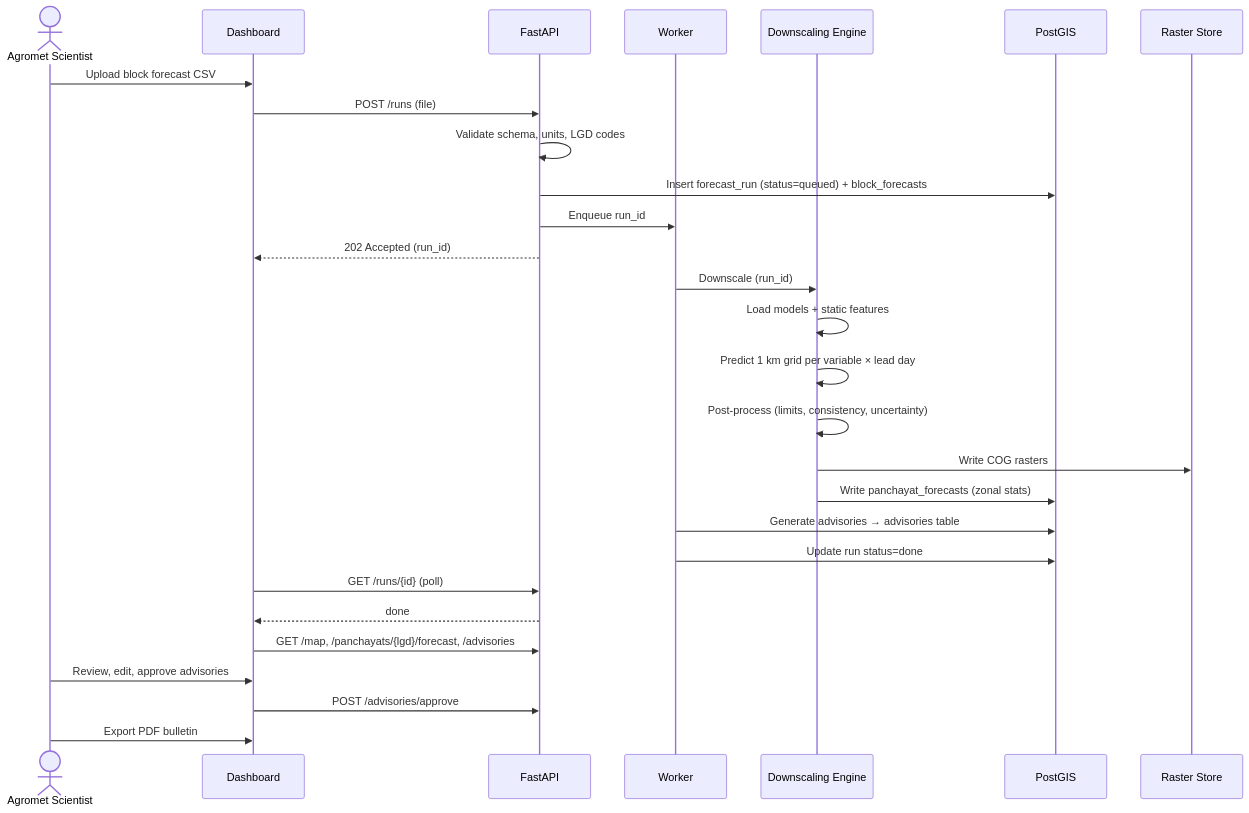
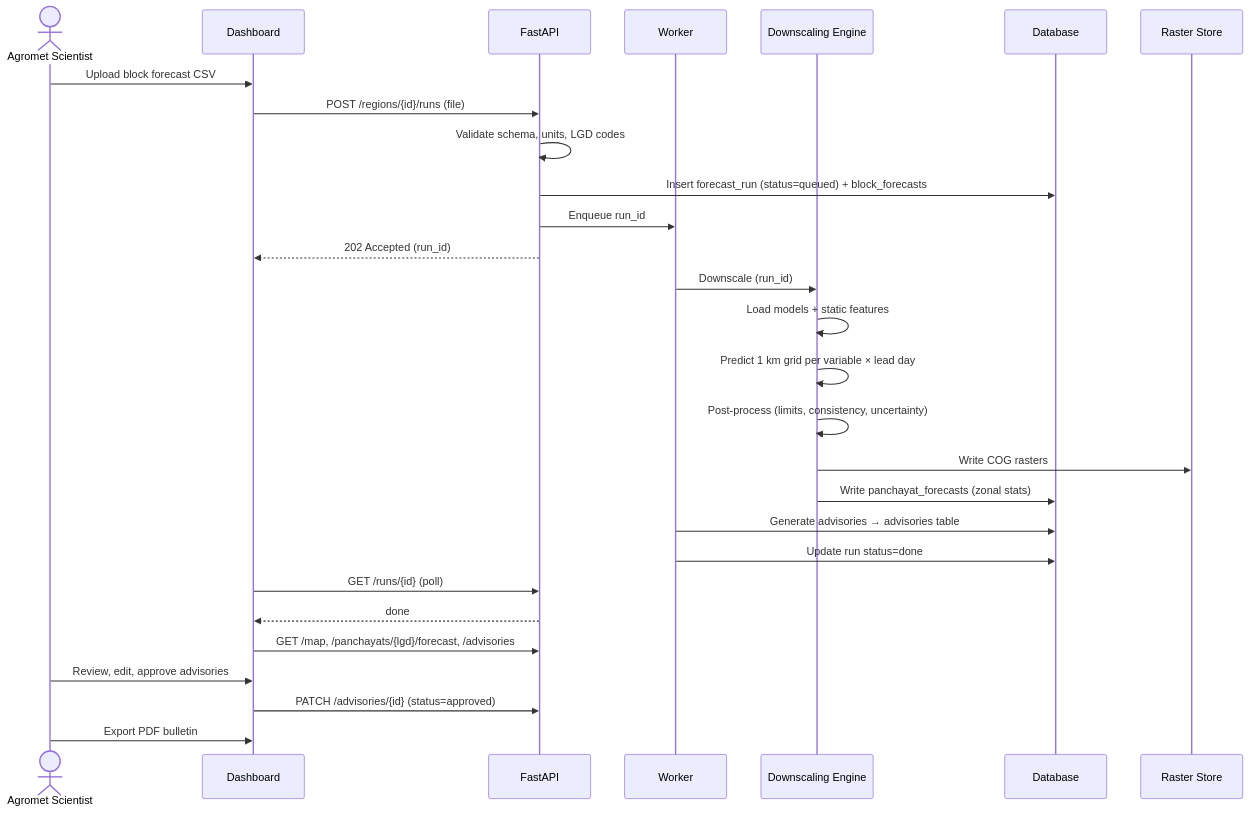
Before and after one commit to ayushkujha/zues: the second of 4 diagrams in docs/SYSTEM_ARCHITECTURE.md, drawn with Mermaid. The commit also changed other lines of this file and 102 other files, not shown here.

````diff
--- a/docs/SYSTEM_ARCHITECTURE.md
+++ b/docs/SYSTEM_ARCHITECTURE.md
@@ -98,31 +101,31 @@
 ```mermaid
 sequenceDiagram
     actor Sci as Agromet Scientist
     participant Web as Dashboard
     participant API as FastAPI
     participant W as Worker
     participant DS as Downscaling Engine
-    participant DB as PostGIS
+    participant DB as Database
     participant RS as Raster Store
 
     Sci->>Web: Upload block forecast CSV
-    Web->>API: POST /runs (file)
+    Web->>API: POST /regions/{id}/runs (file)
     API->>API: Validate schema, units, LGD codes
     API->>DB: Insert forecast_run (status=queued) + block_forecasts
     API->>W: Enqueue run_id
     API-->>Web: 202 Accepted (run_id)
     W->>DS: Downscale (run_id)
     DS->>DS: Load models + static features
     DS->>DS: Predict 1 km grid per variable × lead day
     DS->>DS: Post-process (limits, consistency, uncertainty)
     DS->>RS: Write COG rasters
     DS->>DB: Write panchayat_forecasts (zonal stats)
     W->>DB: Generate advisories → advisories table
     W->>DB: Update run status=done
     Web->>API: GET /runs/{id} (poll)
     API-->>Web: done
     Web->>API: GET /map, /panchayats/{lgd}/forecast, /advisories
     Sci->>Web: Review, edit, approve advisories
-    Web->>API: POST /advisories/approve
+    Web->>API: PATCH /advisories/{id} (status=approved)
     Sci->>Web: Export PDF bulletin
 ```
````
